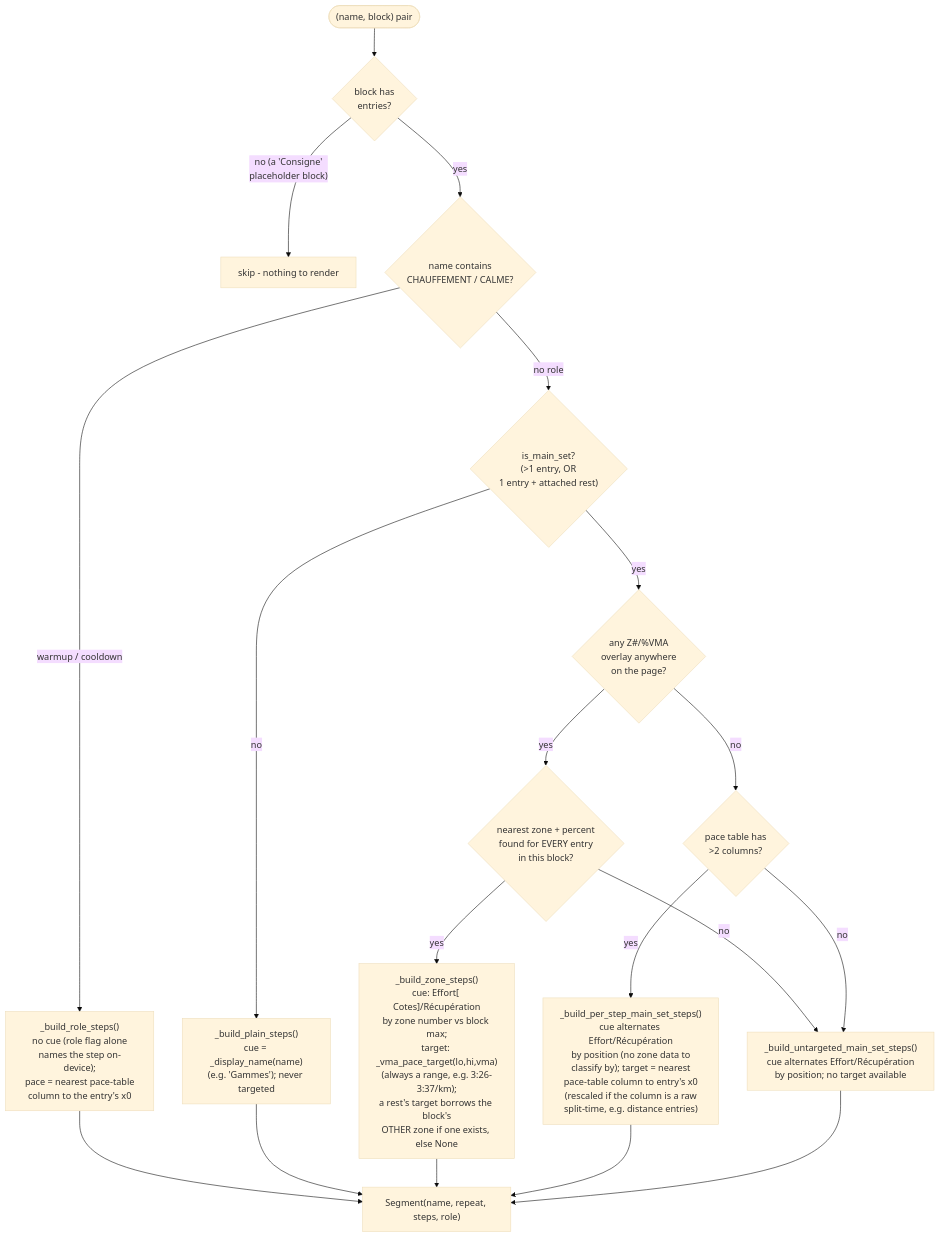
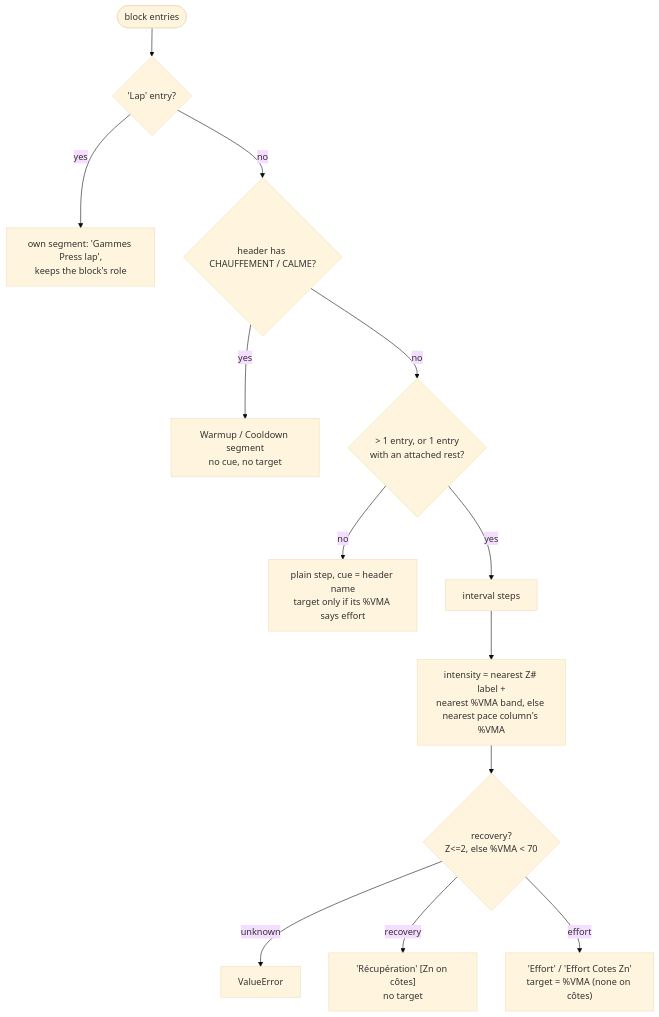
The second of 2 diagrams in ARCHITECTURE.md (Duranson/planiteam-to-coros), drawn with Mermaid (base theme) before and after one commit. The commit also changed other lines of this file and 11 other files, not shown here.

Commit message:
refactoring for simpler architecture

````diff
--- a/ARCHITECTURE.md
+++ b/ARCHITECTURE.md
@@ -48,28 +41,15 @@
 ```mermaid
 flowchart TD
-    START(["(name, block) pair"]) --> EMPTY{"block has\nentries?"}
-    EMPTY -- "no (a 'Consigne'\nplaceholder block)" --> SKIP["skip - nothing to render"]
-    EMPTY -- yes --> ROLE{"name contains\nCHAUFFEMENT / CALME?"}
-
-    ROLE -- "warmup / cooldown" --> ROLESTEPS["_build_role_steps()\nno cue (role flag alone\nnames the step on-device);\npace = nearest pace-table\ncolumn to the entry's x0"]
-
-    ROLE -- "no role" --> MAINSET{"is_main_set?\n(>1 entry, OR\n1 entry + attached rest)"}
-
-    MAINSET -- no --> PLAIN["_build_plain_steps()\ncue = _display_name(name)\n(e.g. 'Gammes'); never targeted"]
-
-    MAINSET -- yes --> HASZONE{"any Z#/%VMA\noverlay anywhere\non the page?"}
-
-    HASZONE -- yes --> MATCHZONE{"nearest zone + percent\nfound for EVERY entry\nin this block?"}
-    MATCHZONE -- yes --> ZONESTEPS["_build_zone_steps()\ncue: Effort[ Cotes]/Récupération\nby zone number vs block max;\ntarget: _vma_pace_target(lo,hi,vma)\n(always a range, e.g. 3:26-3:37/km);\na rest's target borrows the block's\nOTHER zone if one exists, else None"]
-    MATCHZONE -- no --> UNTARGETED
-
-    HASZONE -- no --> PERSTEP{"pace table has\n>2 columns?"}
-    PERSTEP -- yes --> PERSTEPSTEPS["_build_per_step_main_set_steps()\ncue alternates Effort/Récupération\nby position (no zone data to\nclassify by); target = nearest\npace-table column to entry's x0\n(rescaled if the column is a raw\nsplit-time, e.g. distance entries)"]
-    PERSTEP -- no --> UNTARGETED["_build_untargeted_main_set_steps()\ncue alternates Effort/Récupération\nby position; no target available"]
-
-    ROLESTEPS --> SEGMENT["Segment(name, repeat, steps, role)"]
-    PLAIN --> SEGMENT
-    ZONESTEPS --> SEGMENT
-    PERSTEPSTEPS --> SEGMENT
-    UNTARGETED --> SEGMENT
+    E(["block entries"]) --> LAP{"'Lap' entry?"}
+    LAP -- yes --> LAPSEG["own segment: 'Gammes Press lap',\nkeeps the block's role"]
+    LAP -- no --> ROLE{"header has CHAUFFEMENT / CALME?"}
+    ROLE -- yes --> ROLESEG["Warmup / Cooldown segment\nno cue, no target"]
+    ROLE -- no --> MULTI{"> 1 entry, or 1 entry\nwith an attached rest?"}
+    MULTI -- no --> PLAIN["plain step, cue = header name\ntarget only if its %VMA says effort"]
+    MULTI -- yes --> INT["interval steps"]
+    INT --> INTENSITY["intensity = nearest Z# label +\nnearest %VMA band, else nearest pace column's %VMA"]
+    INTENSITY --> KIND{"recovery?\nZ<=2, else %VMA < 70"}
+    KIND -- "unknown" --> ERR["ValueError"]
+    KIND -- recovery --> REC["'Récupération' [Zn on côtes]\nno target"]
+    KIND -- effort --> EFF["'Effort' / 'Effort Cotes Zn'\ntarget = %VMA (none on côtes)"]
 ```
````
